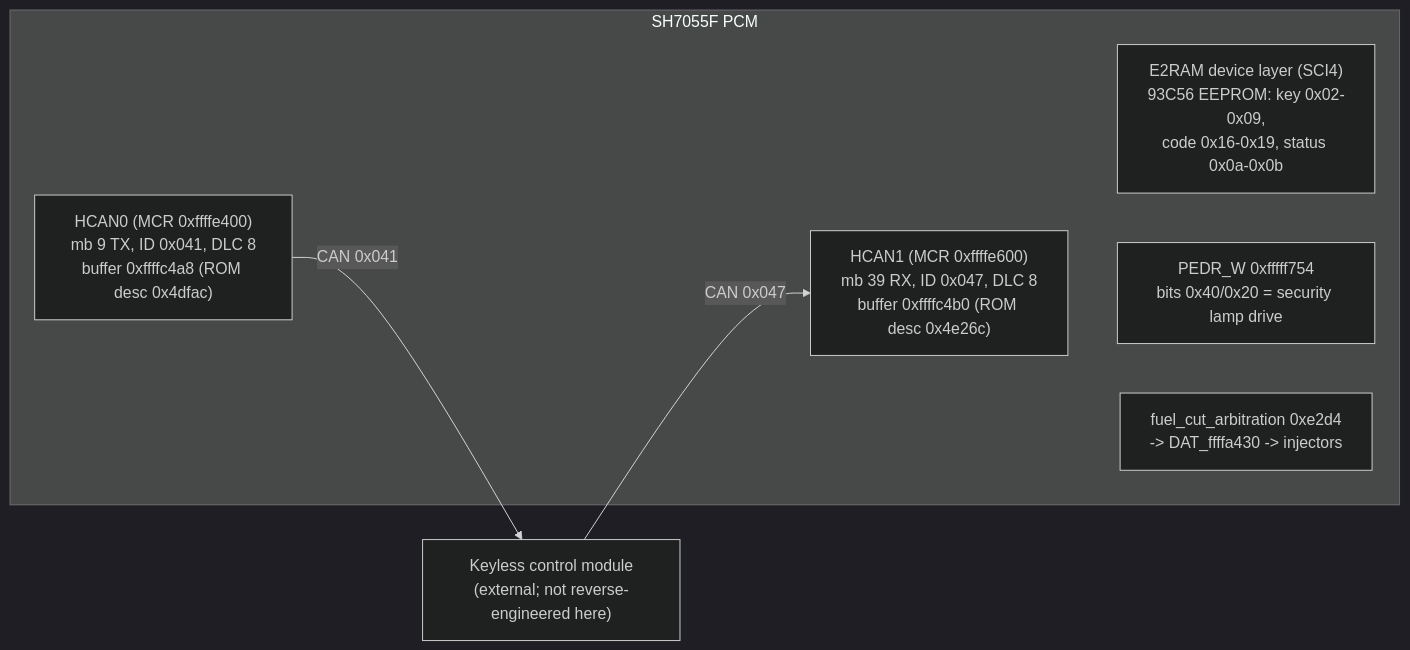
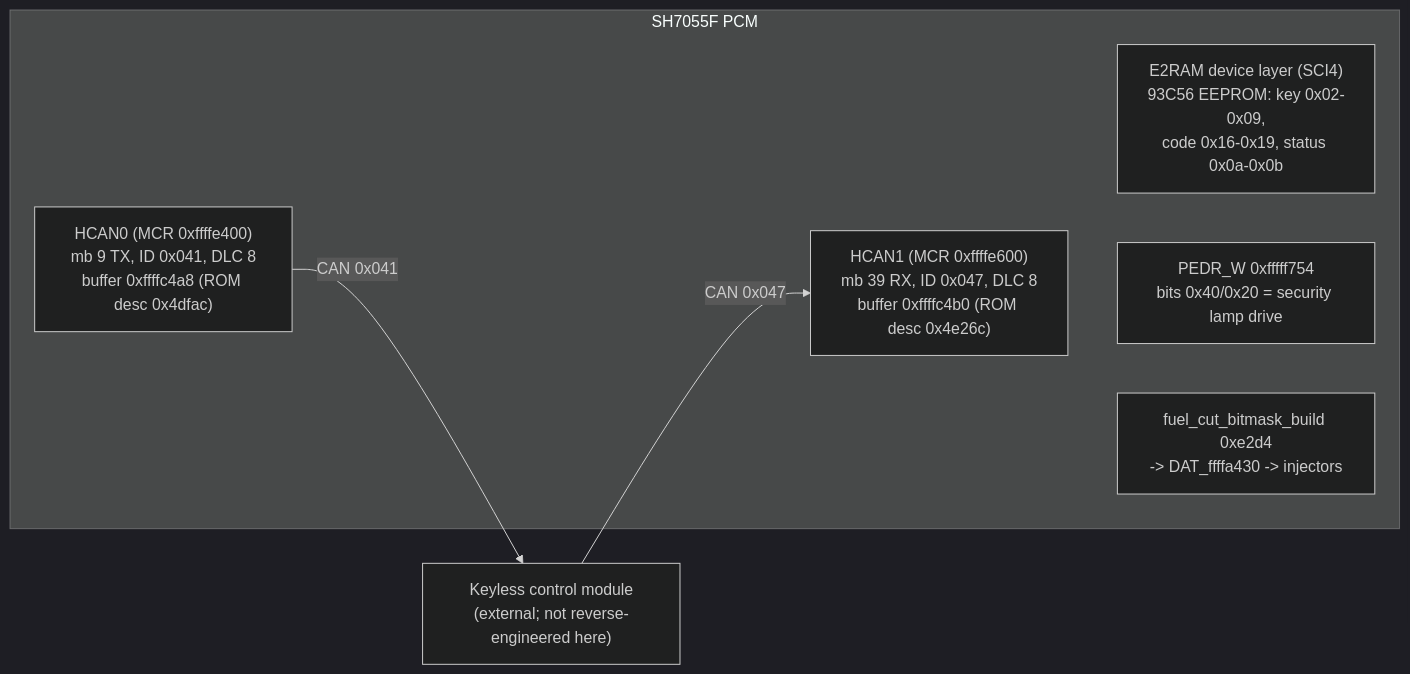
One commit to sirhamsteralot/HEE-Rx8-Reverse-Engineering changed the second of 3 diagrams in docs/subsystem-logic/immobilizer_report.md. Above: the diagram before and after it, drawn with Mermaid (dark theme). The commit also changed other lines of this file and 14 other files, not shown here.

````diff
--- a/docs/subsystem-logic/immobilizer_report.md
+++ b/docs/subsystem-logic/immobilizer_report.md
@@ -88,16 +88,16 @@
 ```mermaid
 flowchart LR
     KEY["Keyless control module<br/>(external; not reverse-engineered here)"]
     subgraph PCM["SH7055F PCM"]
         HCAN1["HCAN1 (MCR 0xffffe600)<br/>mb 39 RX, ID 0x047, DLC 8<br/>buffer 0xffffc4b0 (ROM desc 0x4e26c)"]
         HCAN0["HCAN0 (MCR 0xffffe400)<br/>mb 9 TX, ID 0x041, DLC 8<br/>buffer 0xffffc4a8 (ROM desc 0x4dfac)"]
         E2["E2RAM device layer (SCI4)<br/>93C56 EEPROM: key 0x02-0x09,<br/>code 0x16-0x19, status 0x0a-0x0b"]
         GPIO["PEDR_W 0xfffff754<br/>bits 0x40/0x20 = security lamp drive"]
-        FUEL["fuel_cut_arbitration 0xe2d4<br/>-> DAT_ffffa430 -> injectors"]
+        FUEL["fuel_cut_bitmask_build 0xe2d4<br/>-> DAT_ffffa430 -> injectors"]
     end
     KEY -- "CAN 0x047" --> HCAN1
     HCAN0 -- "CAN 0x041" --> KEY
     PCM --- E2
     PCM --- GPIO
     PCM --- FUEL
 ```
````
